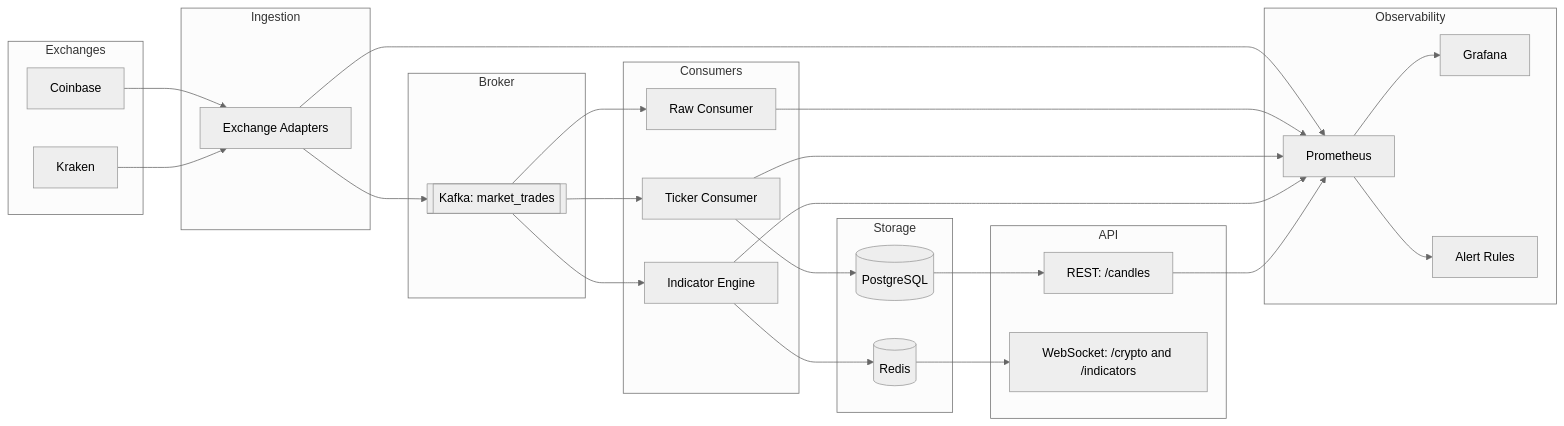
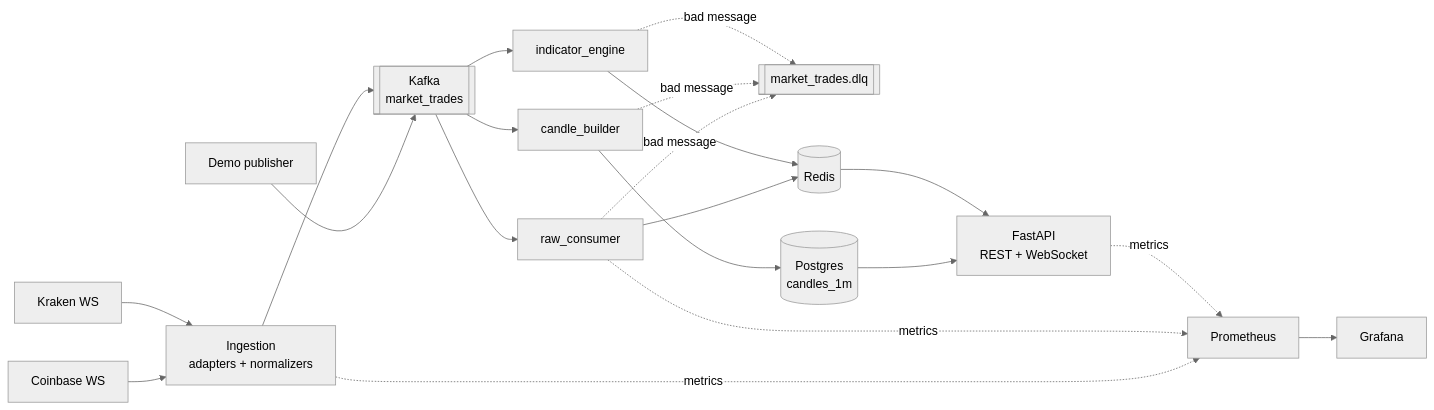
The diagram in README.md (obro79/Flux), drawn with Mermaid (neutral theme) before and after one commit. The commit also changed other lines of this file and 30 other files, not shown here.

First line of the commit message:
Polish README, add architecture doc, tests, lint CI and license

````diff
--- a/README.md
+++ b/README.md
@@ -18,55 +32,17 @@
 ```mermaid
 flowchart LR
-    subgraph Exchanges
-        CB[Coinbase]
-        KR[Kraken]
-    end
-
-    subgraph Ingestion
-        ING[Exchange Adapters]
-    end
-
-    subgraph Broker
-        K[[Kafka: market_trades]]
-    end
-
-    subgraph Consumers
-        RC[Raw Consumer]
-        TC[Ticker Consumer]
-        IC[Indicator Engine]
-    end
-
-    subgraph Storage
-        PG[(PostgreSQL)]
-        RD[(Redis)]
-    end
-
-    subgraph API
-        REST[REST: /candles]
-        WS[WebSocket: /crypto and /indicators]
-    end
-
-    subgraph Observability
-        PR[Prometheus]
-        GF[Grafana]
-        AL[Alert Rules]
-    end
-
-    CB --> ING
-    KR --> ING
-    ING --> K
-    K --> RC
-    K --> TC
-    K --> IC
-    TC --> PG
+    CB[Coinbase WS] --> ING[Ingestion<br/>adapters + normalizers]
+    KR[Kraken WS] --> ING
+    DM[Demo publisher] --> K
+    ING --> K[[Kafka<br/>market_trades]]
+    K --> RC[raw_consumer]
+    K --> TC[candle_builder]
+    K --> IC[indicator_engine]
+    RC & TC & IC -. bad message .-> DLQ[[market_trades.dlq]]
+    TC --> PG[(Postgres<br/>candles_1m)]
+    RC --> RD[(Redis)]
     IC --> RD
-    PG --> REST
-    RD --> WS
-    ING --> PR
-    RC --> PR
-    TC --> PR
-    IC --> PR
-    REST --> PR
-    PR --> GF
-    PR --> AL
+    PG --> API[FastAPI<br/>REST + WebSocket]
+    RD --> API
+    ING & RC & API -. metrics .-> PR[Prometheus] --> GF[Grafana]
 ```
````
